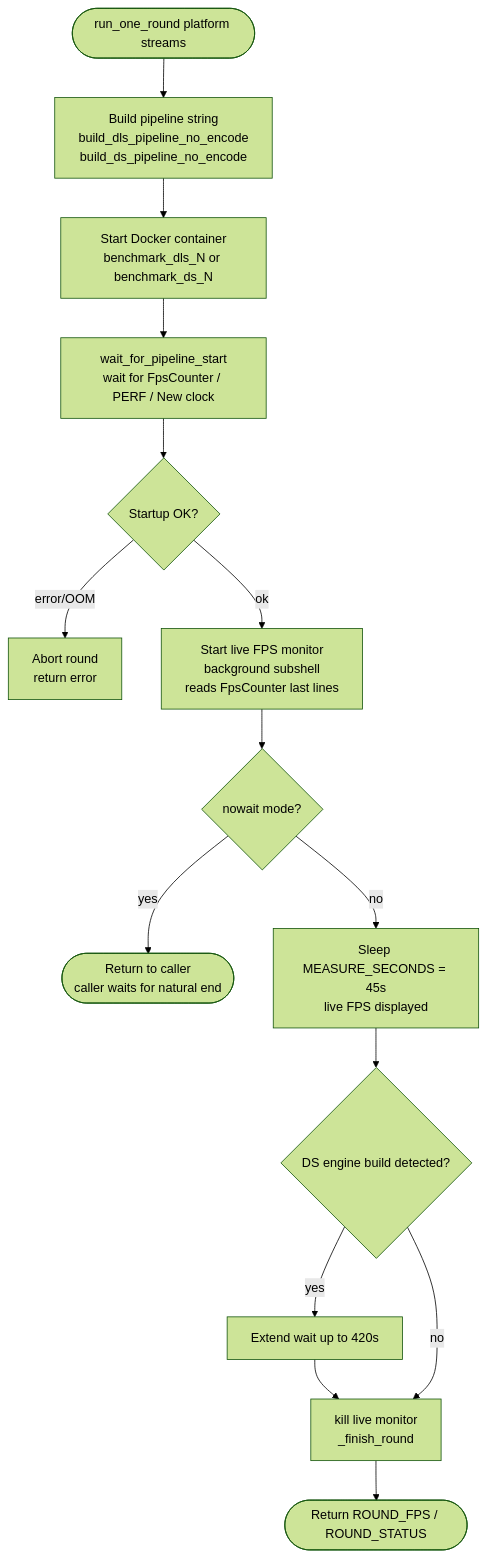
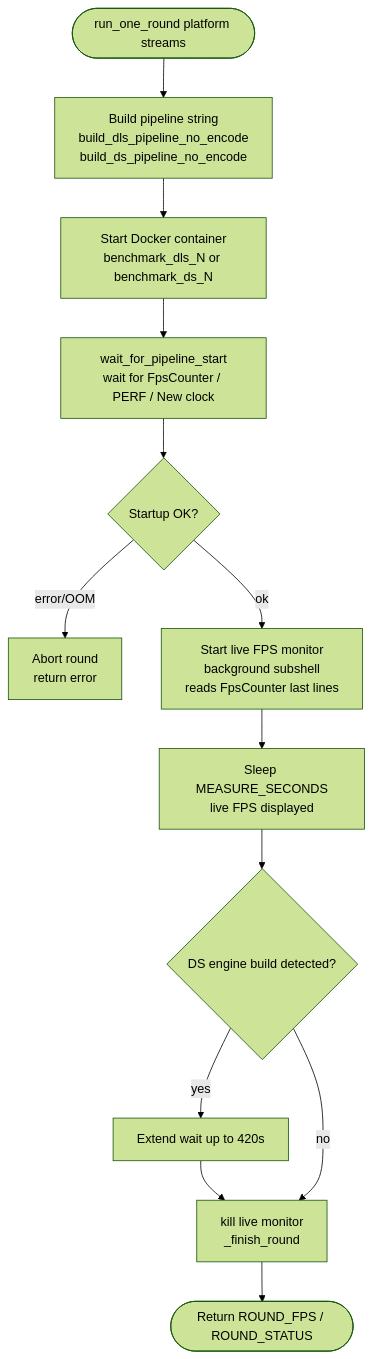
One commit to open-edge-platform/dlstreamer changed the fourth of 5 diagrams in samples/gstreamer/python/coexistence_benchmark/README.md. Above: the diagram before and after it, drawn with Mermaid (forest theme). The commit also changed other lines of this file and 2 other files, not shown here.

````diff
--- a/samples/gstreamer/python/coexistence_benchmark/README.md
+++ b/samples/gstreamer/python/coexistence_benchmark/README.md
@@ -207,17 +220,15 @@
 ```mermaid
 flowchart TD
     A(["run_one_round platform streams"]) --> B["Build pipeline string<br/>build_dls_pipeline_no_encode<br/>build_ds_pipeline_no_encode"]
     B --> C["Start Docker container<br/>benchmark_dls_N or benchmark_ds_N"]
     C --> D["wait_for_pipeline_start<br/>wait for FpsCounter / PERF / New clock"]
     D --> E{Startup OK?}
     E -- error/OOM --> F["Abort round<br/>return error"]
     E -- ok --> G["Start live FPS monitor<br/>background subshell<br/>reads FpsCounter last lines"]
-    G --> H{nowait mode?}
-    H -- yes --> I(["Return to caller<br/>caller waits for natural end"])
-    H -- no --> J["Sleep MEASURE_SECONDS = 45s<br/>live FPS displayed"]
+    G --> J["Sleep MEASURE_SECONDS<br/>live FPS displayed"]
     J --> K{DS engine build detected?}
     K -- yes --> L[Extend wait up to 420s]
     L --> M["kill live monitor<br/>_finish_round"]
     K -- no --> M
     M --> N(["Return ROUND_FPS / ROUND_STATUS"])
 ```
````
